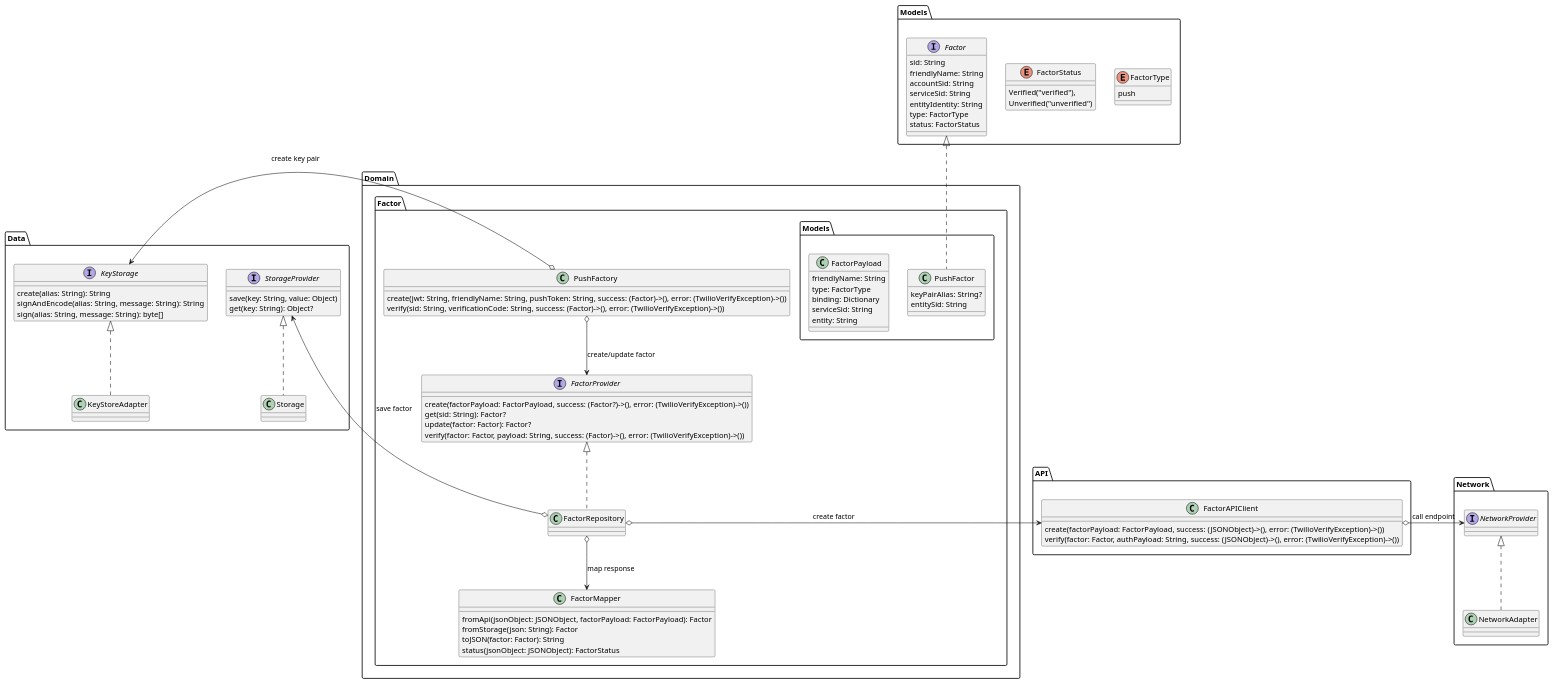
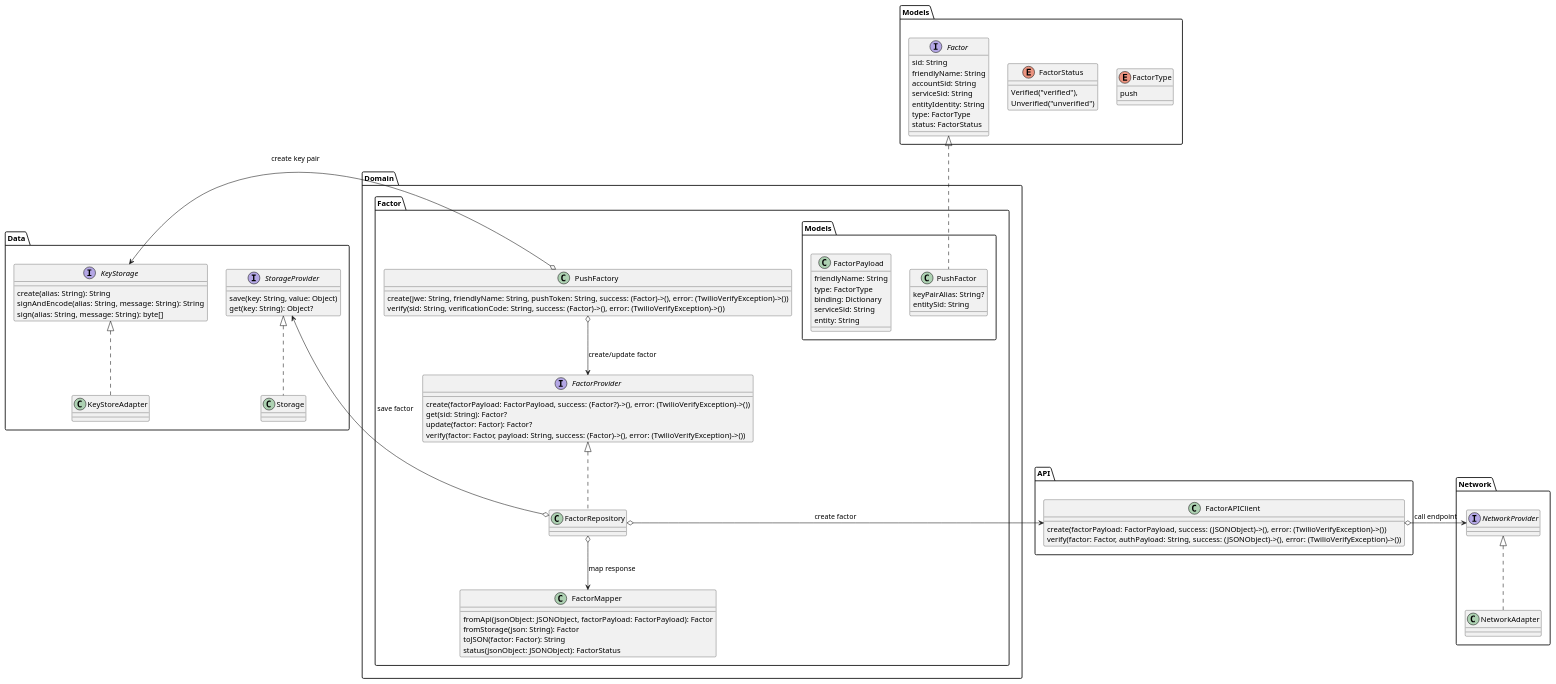
One commit to twilio/twilio-verify-android changed the diagram in diagrams/CreatePushFactor/CreatePushFactor.wsd. Above: the diagram before and after it, drawn with PlantUML. The commit also changed 37 other files, not shown here.

```diff
--- a/diagrams/CreatePushFactor/CreatePushFactor.wsd
+++ b/diagrams/CreatePushFactor/CreatePushFactor.wsd
@@ -1,76 +1,76 @@
 @startuml Create push factor
 enum Models.FactorType {
     push
 }
 enum Models.FactorStatus {
     Verified("verified"),
     Unverified("unverified")
 }
 interface Models.Factor {
     sid: String
     friendlyName: String
     accountSid: String
     serviceSid: String
     entityIdentity: String
     type: FactorType
     status: FactorStatus
 }
 class Domain.Factor.Models.PushFactor implements Models.Factor {
     keyPairAlias: String?
     entitySid: String
 }
 class Domain.Factor.Models.FactorPayload {
     friendlyName: String
     type: FactorType
     binding: Dictionary
     serviceSid: String
     entity: String
 }
 class Domain.Factor.FactorMapper {
     fromApi(jsonObject: JSONObject, factorPayload: FactorPayload): Factor
     fromStorage(json: String): Factor
     toJSON(factor: Factor): String
     status(jsonObject: JSONObject): FactorStatus
 }
 class API.FactorAPIClient {
     create(factorPayload: FactorPayload, success: (JSONObject)->(), error: (TwilioVerifyException)->())
     verify(factor: Factor, authPayload: String, success: (JSONObject)->(), error: (TwilioVerifyException)->())
 }
 class Network.NetworkAdapter implements Network.NetworkProvider {
 
 }
 interface Data.StorageProvider {
     save(key: String, value: Object)
     get(key: String): Object?
 }
 class Data.Storage implements Data.StorageProvider {
 
 }
 interface Data.KeyStorage {
     create(alias: String): String
     signAndEncode(alias: String, message: String): String
     sign(alias: String, message: String): byte[]
 }
 class Data.KeyStoreAdapter implements Data.KeyStorage {
 
 }
 interface Domain.Factor.FactorProvider {
     create(factorPayload: FactorPayload, success: (Factor?)->(), error: (TwilioVerifyException)->())
     get(sid: String): Factor?
     update(factor: Factor): Factor?
     verify(factor: Factor, payload: String, success: (Factor)->(), error: (TwilioVerifyException)->())
 }
 class Domain.Factor.FactorRepository implements Domain.Factor.FactorProvider {
 
 }
 class Domain.Factor.PushFactory {
-    create(jwt: String, friendlyName: String, pushToken: String, success: (Factor)->(), error: (TwilioVerifyException)->())
+    create(jwe: String, friendlyName: String, pushToken: String, success: (Factor)->(), error: (TwilioVerifyException)->())
     verify(sid: String, verificationCode: String, success: (Factor)->(), error: (TwilioVerifyException)->())
 }
 Domain.Factor.PushFactory o-left-> Data.KeyStorage: create key pair
 Domain.Factor.PushFactory o--> Domain.Factor.FactorProvider: create/update factor
 Domain.Factor.FactorRepository o-left-> Data.StorageProvider: save factor
 Domain.Factor.FactorRepository o-right-> API.FactorAPIClient: create factor
 Domain.Factor.FactorRepository o--> Domain.Factor.FactorMapper: map response
 API.FactorAPIClient o-right-> Network.NetworkProvider: call endpoint
 @enduml
```
